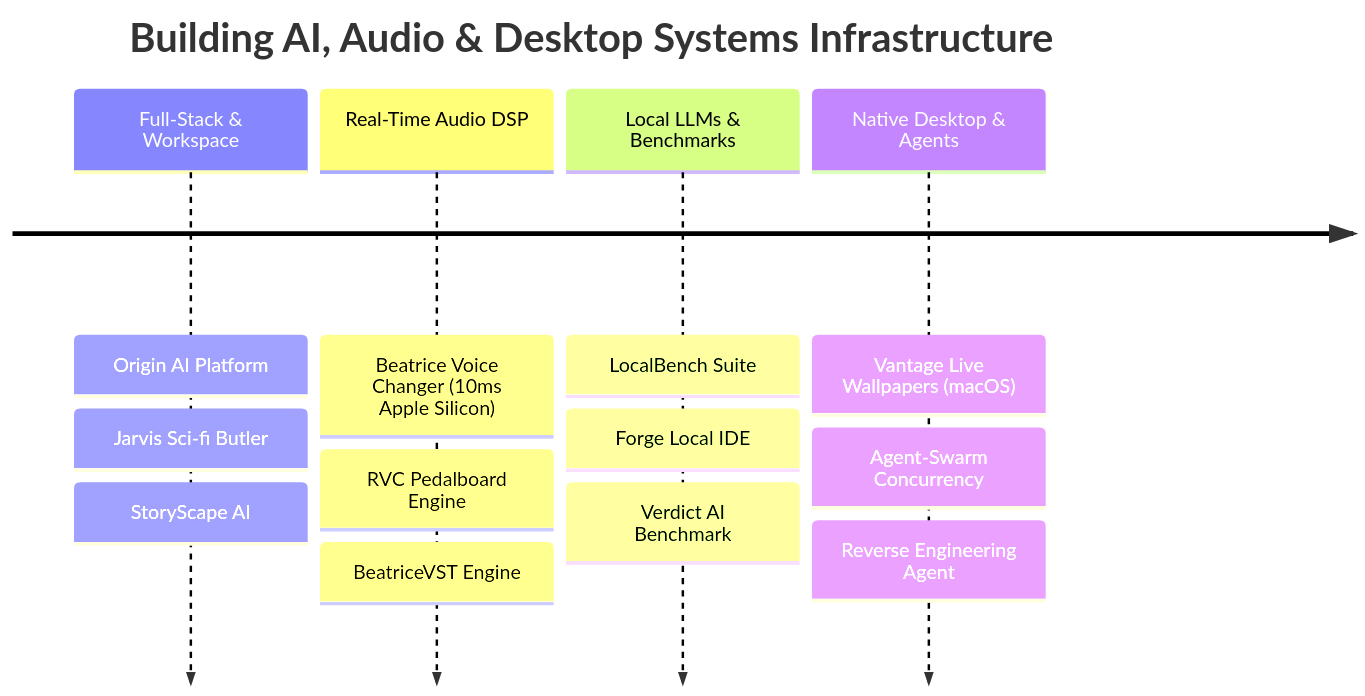
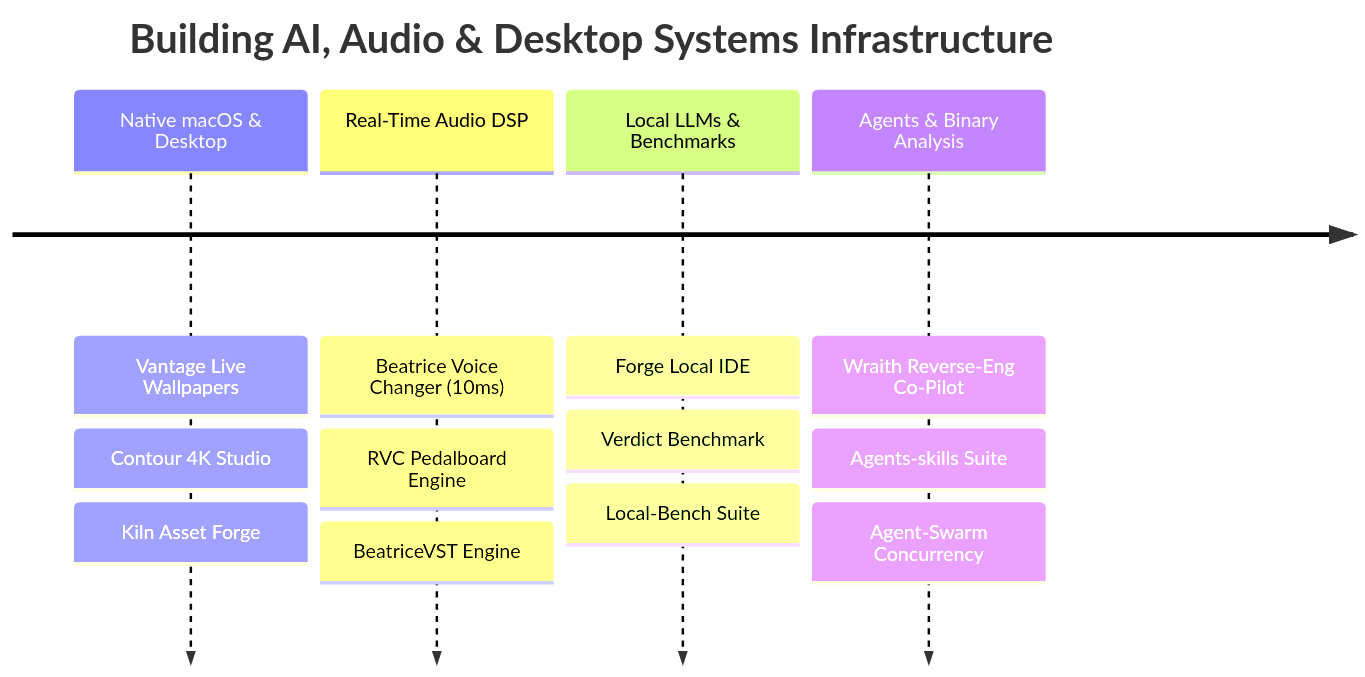
Before and after one commit to satiricalguru/satiricalguru: the diagram in README.md, drawn with Mermaid. The commit also changed other lines of this file, not shown here.

````diff
--- a/README.md
+++ b/README.md
@@ -35,8 +38,8 @@
 ```mermaid
 timeline
     title Building AI, Audio & Desktop Systems Infrastructure
-    Full-Stack & Workspace : Origin AI Platform : Jarvis Sci-fi Butler : StoryScape AI
-    Real-Time Audio DSP : Beatrice Voice Changer (10ms Apple Silicon) : RVC Pedalboard Engine : BeatriceVST Engine
-    Local LLMs & Benchmarks : LocalBench Suite : Forge Local IDE : Verdict AI Benchmark
-    Native Desktop & Agents : Vantage Live Wallpapers (macOS) : Agent-Swarm Concurrency : Reverse Engineering Agent
+    Native macOS & Desktop : Vantage Live Wallpapers : Contour 4K Studio : Kiln Asset Forge
+    Real-Time Audio DSP : Beatrice Voice Changer (10ms) : RVC Pedalboard Engine : BeatriceVST Engine
+    Local LLMs & Benchmarks : Forge Local IDE : Verdict Benchmark : Local-Bench Suite
+    Agents & Binary Analysis : Wraith Reverse-Eng Co-Pilot : Agents-skills Suite : Agent-Swarm Concurrency
 ```
````
